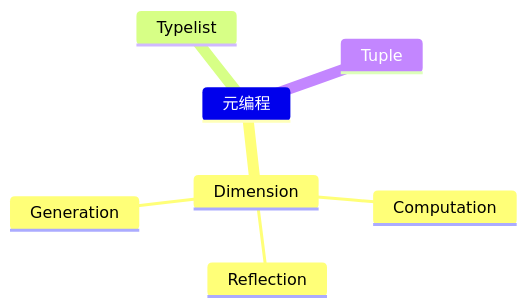
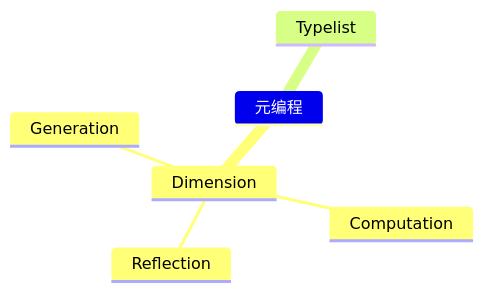
The diagram in docs/程序/C++/语法/模板/元编程.md (jishuguang/library), drawn with Mermaid before and after one commit. The commit also changed other lines of this file and 3 other files, not shown here.

````diff
--- a/docs/程序/C++/语法/模板/元编程.md
+++ b/docs/程序/C++/语法/模板/元编程.md
@@ -3,10 +3,9 @@
 ```{mermaid}
 mindmap
 元编程
     Dimension
         Computation
         Reflection
         Generation
     Typelist
-    Tuple
 ```
````
